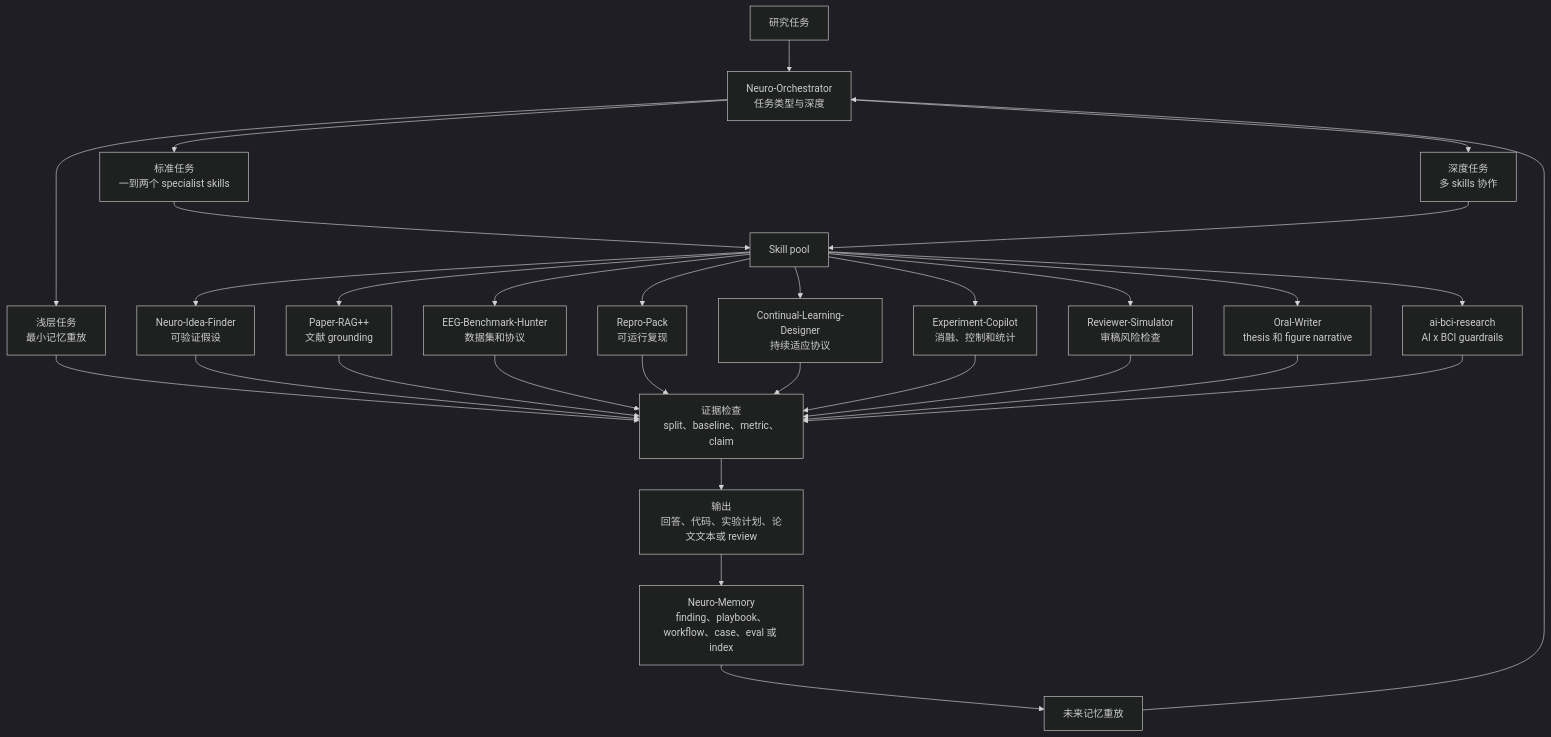
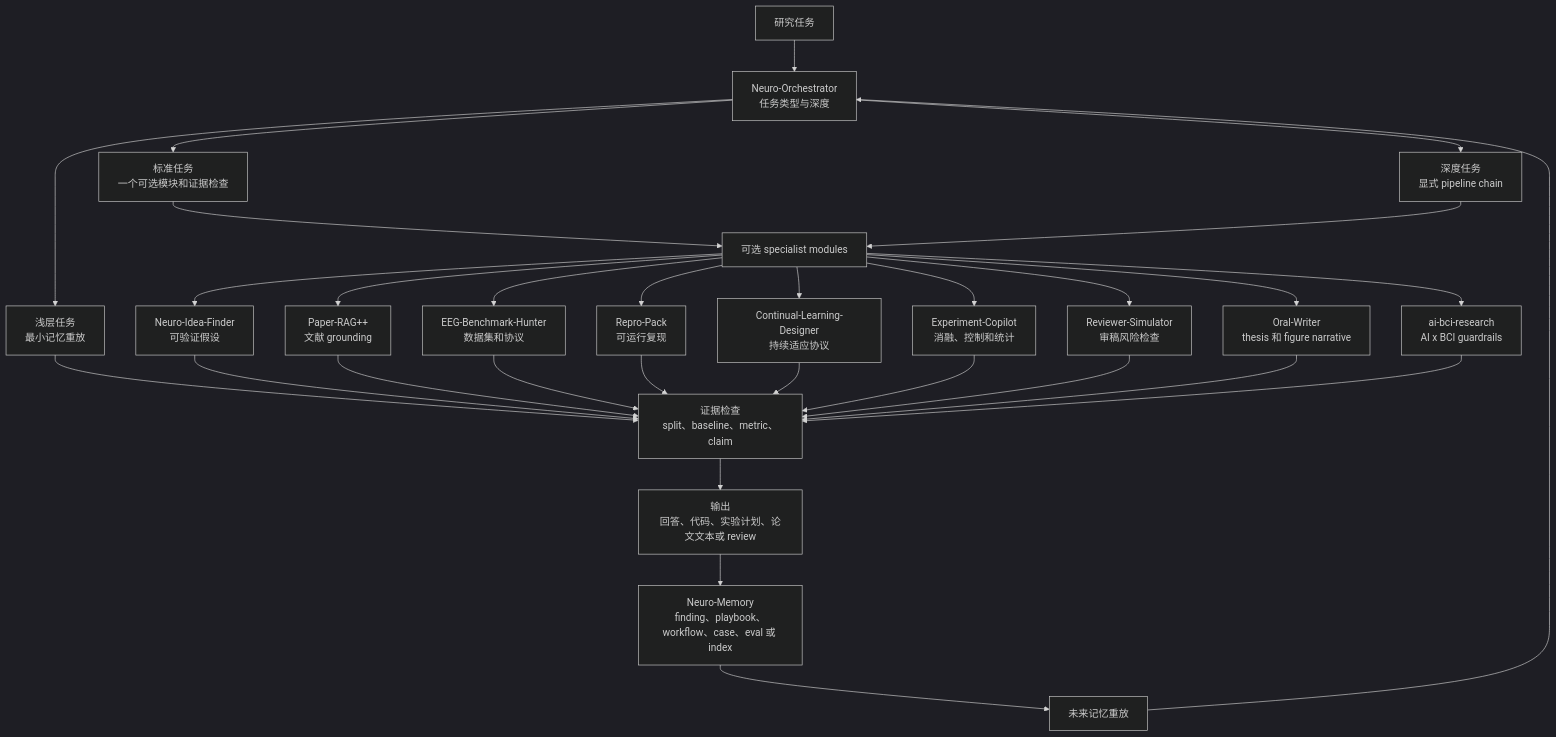
Before and after one commit to dongyangli-del/NeuroFlow-Agent: the diagram in README_CN.md, drawn with Mermaid (dark theme). The commit also changed other lines of this file and 24 other files, not shown here.

````diff
--- a/README_CN.md
+++ b/README_CN.md
@@ -47,39 +47,39 @@
 ```mermaid
 flowchart TD
     accTitle: NeuroFlow 持久工作流
-    accDescr: 任务先按类型和深度路由，再由一个或多个 specialist skills 执行，并在证据检查后把可复用经验巩固成长期记忆。
+    accDescr: 任务先进入 Neuro-Orchestrator，再按类型和深度选择一个显式 pipeline，可选调用 specialist modules，并在证据检查后把可复用经验巩固成长期记忆。
 
     task[研究任务] --> triage[Neuro-Orchestrator<br/>任务类型与深度]
     triage --> shallow[浅层任务<br/>最小记忆重放]
-    triage --> standard[标准任务<br/>一到两个 specialist skills]
-    triage --> deep[深度任务<br/>多 skills 协作]
+    triage --> standard[标准任务<br/>一个可选模块和证据检查]
+    triage --> deep[深度任务<br/>显式 pipeline chain]
 
-    standard --> skill_pool[Skill pool]
+    standard --> skill_pool[可选 specialist modules]
     deep --> skill_pool
 
     skill_pool --> idea[Neuro-Idea-Finder<br/>可验证假设]
     skill_pool --> rag[Paper-RAG++<br/>文献 grounding]
     skill_pool --> benchmark[EEG-Benchmark-Hunter<br/>数据集和协议]
     skill_pool --> repro[Repro-Pack<br/>可运行复现]
     skill_pool --> continual[Continual-Learning-Designer<br/>持续适应协议]
     skill_pool --> experiment[Experiment-Copilot<br/>消融、控制和统计]
     skill_pool --> review[Reviewer-Simulator<br/>审稿风险检查]
     skill_pool --> oral[Oral-Writer<br/>thesis 和 figure narrative]
     skill_pool --> bci[ai-bci-research<br/>AI x BCI guardrails]
 
     shallow --> evidence[证据检查<br/>split、baseline、metric、claim]
     idea --> evidence
     rag --> evidence
     benchmark --> evidence
     repro --> evidence
     continual --> evidence
     experiment --> evidence
     review --> evidence
     oral --> evidence
     bci --> evidence
 
     evidence --> output[输出<br/>回答、代码、实验计划、论文文本或 review]
     output --> memory[Neuro-Memory<br/>finding、playbook、workflow、case、eval 或 index]
     memory --> replay[未来记忆重放]
     replay --> triage
 ```
````
